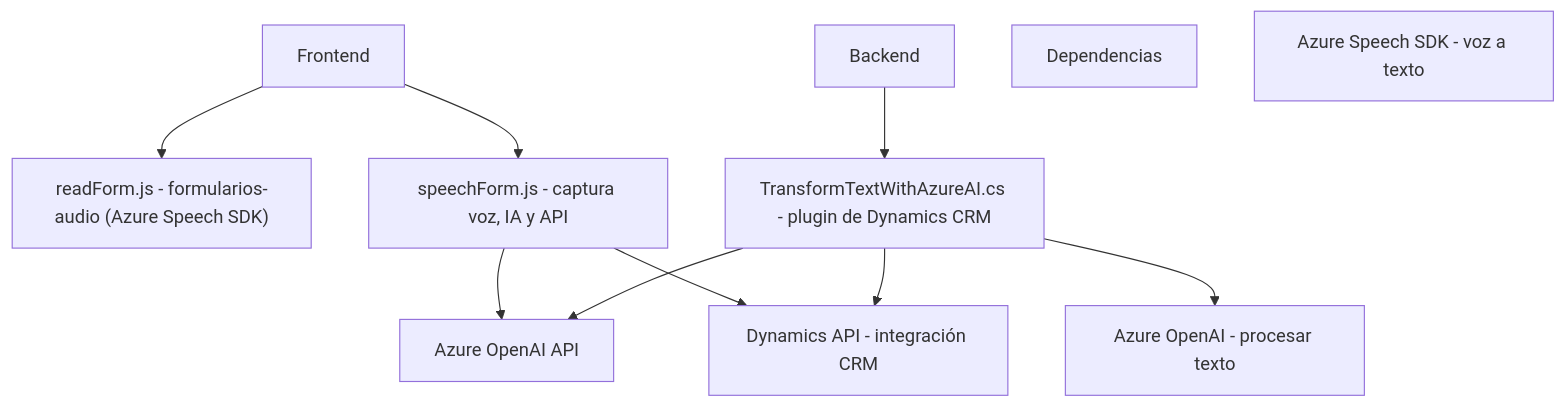
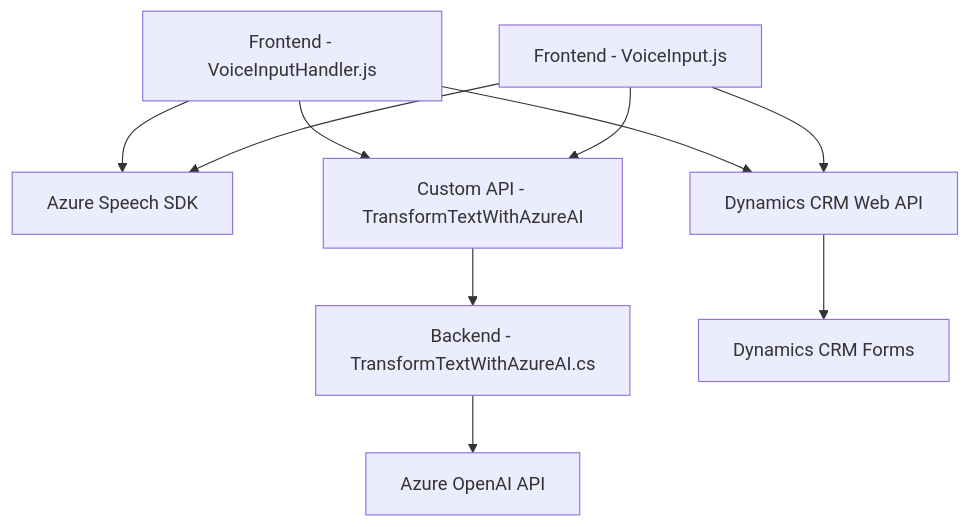
Before and after one commit to blopezdm/NETCORE_BILBAO2025: the diagram in README.md, drawn with Mermaid. The commit also changed other lines of this file, not shown here.

````diff
--- a/README.md
+++ b/README.md
@@ -34,24 +39,15 @@
 ```mermaid
 graph TD
-A["Frontend"]
-B["readForm.js - formularios-audio (Azure Speech SDK)"]
-C["speechForm.js - captura voz, IA y API"]
+    A["Frontend - VoiceInputHandler.js"] --> B["Azure Speech SDK"]
+    A --> C["Dynamics CRM Web API"]
+    A --> D["Custom API - TransformTextWithAzureAI"]
 
-D["Backend"]
-E["TransformTextWithAzureAI.cs - plugin de Dynamics CRM"]
-F["Azure OpenAI - procesar texto"]
+    E["Frontend - VoiceInput.js"] --> B
+    E --> C
+    E --> D
 
-G["Dependencias"]
-H["Azure Speech SDK - voz a texto"]
-I["Dynamics API - integración CRM"]
-J["Azure OpenAI API"]
+    D --> F["Backend - TransformTextWithAzureAI.cs"]
+    F --> G["Azure OpenAI API"]
 
-A --> B
-A --> C
-C --> J
-C --> I
-D --> E
-E --> F
-E --> J
-E --> I
+    C --> H["Dynamics CRM Forms"]
 ```
````
